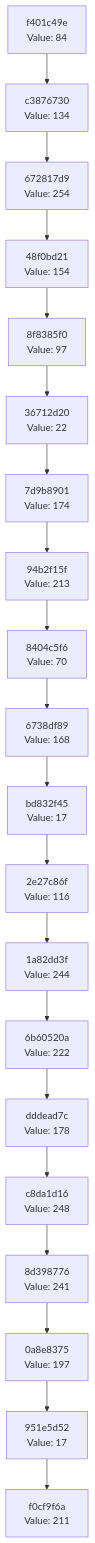
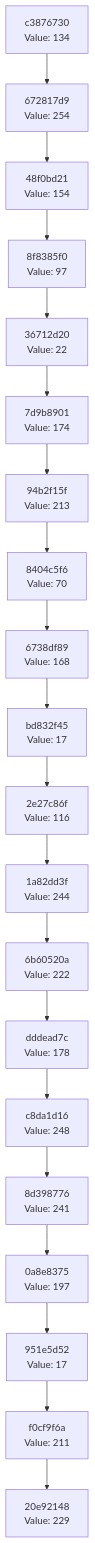
One commit to Abhisheksinha1506/hash-chain-evolver changed the diagram in docs/CHAIN_VISUALIZATION.md. Above: the diagram before and after it, drawn with Mermaid. The commit also changed 1 other file, not shown here.

Commit message:
Evolution step: hash 0xE5 → action executed

````diff
--- a/docs/CHAIN_VISUALIZATION.md
+++ b/docs/CHAIN_VISUALIZATION.md
@@ -3,42 +3,42 @@
 ```mermaid
 graph TD
-    C0["f0cf9f6a<br/>Value: 211"]
-    C1["951e5d52<br/>Value: 17"]
+    C0["20e92148<br/>Value: 229"]
+    C1["f0cf9f6a<br/>Value: 211"]
     C1 --> C0
-    C2["0a8e8375<br/>Value: 197"]
+    C2["951e5d52<br/>Value: 17"]
     C2 --> C1
-    C3["8d398776<br/>Value: 241"]
+    C3["0a8e8375<br/>Value: 197"]
     C3 --> C2
-    C4["c8da1d16<br/>Value: 248"]
+    C4["8d398776<br/>Value: 241"]
     C4 --> C3
-    C5["dddead7c<br/>Value: 178"]
+    C5["c8da1d16<br/>Value: 248"]
     C5 --> C4
-    C6["6b60520a<br/>Value: 222"]
+    C6["dddead7c<br/>Value: 178"]
     C6 --> C5
-    C7["1a82dd3f<br/>Value: 244"]
+    C7["6b60520a<br/>Value: 222"]
     C7 --> C6
-    C8["2e27c86f<br/>Value: 116"]
+    C8["1a82dd3f<br/>Value: 244"]
     C8 --> C7
-    C9["bd832f45<br/>Value: 17"]
+    C9["2e27c86f<br/>Value: 116"]
     C9 --> C8
-    C10["6738df89<br/>Value: 168"]
+    C10["bd832f45<br/>Value: 17"]
     C10 --> C9
-    C11["8404c5f6<br/>Value: 70"]
+    C11["6738df89<br/>Value: 168"]
     C11 --> C10
-    C12["94b2f15f<br/>Value: 213"]
+    C12["8404c5f6<br/>Value: 70"]
     C12 --> C11
-    C13["7d9b8901<br/>Value: 174"]
+    C13["94b2f15f<br/>Value: 213"]
     C13 --> C12
-    C14["36712d20<br/>Value: 22"]
+    C14["7d9b8901<br/>Value: 174"]
     C14 --> C13
-    C15["8f8385f0<br/>Value: 97"]
+    C15["36712d20<br/>Value: 22"]
     C15 --> C14
-    C16["48f0bd21<br/>Value: 154"]
+    C16["8f8385f0<br/>Value: 97"]
     C16 --> C15
-    C17["672817d9<br/>Value: 254"]
+    C17["48f0bd21<br/>Value: 154"]
     C17 --> C16
-    C18["c3876730<br/>Value: 134"]
+    C18["672817d9<br/>Value: 254"]
     C18 --> C17
-    C19["f401c49e<br/>Value: 84"]
+    C19["c3876730<br/>Value: 134"]
     C19 --> C18
 ```
````
